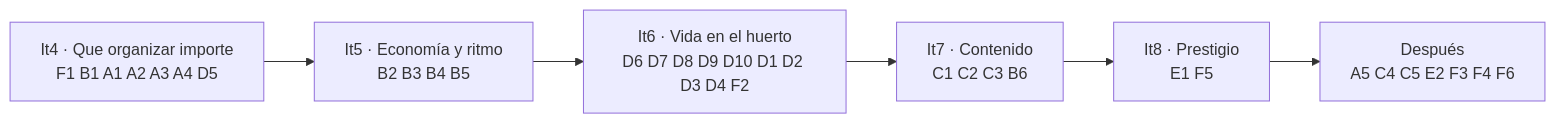
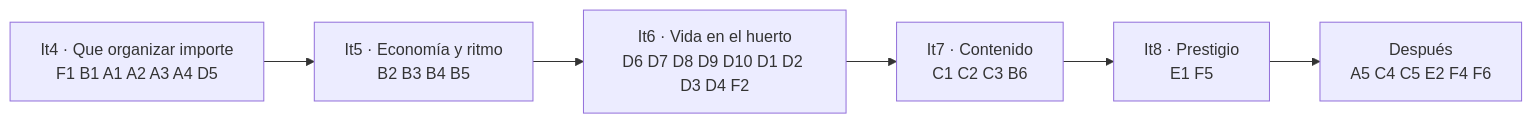
Before and after one commit to MRspookyman/TinyHarvest: the diagram in PLAN.md, drawn with Mermaid. The commit also changed other lines of this file and 9 other files, not shown here.

````diff
--- a/PLAN.md
+++ b/PLAN.md
@@ -601,8 +605,8 @@
 ```mermaid
 flowchart LR
   I4["It4 · Que organizar importe<br/>F1 B1 A1 A2 A3 A4 D5"] --> I5["It5 · Economía y ritmo<br/>B2 B3 B4 B5"]
   I5 --> I6["It6 · Vida en el huerto<br/>D6 D7 D8 D9 D10 D1 D2 D3 D4 F2"]
   I6 --> I7["It7 · Contenido<br/>C1 C2 C3 B6"]
   I7 --> I8["It8 · Prestigio<br/>E1 F5"]
-  I8 --> L["Después<br/>A5 C4 C5 E2 F3 F4 F6"]
+  I8 --> L["Después<br/>A5 C4 C5 E2 F4 F6"]
 ```
````
